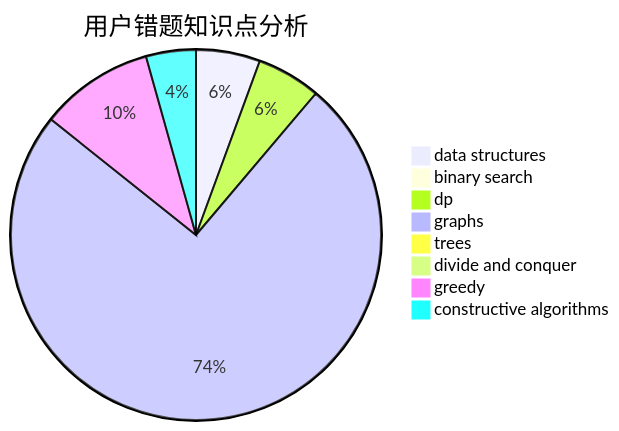
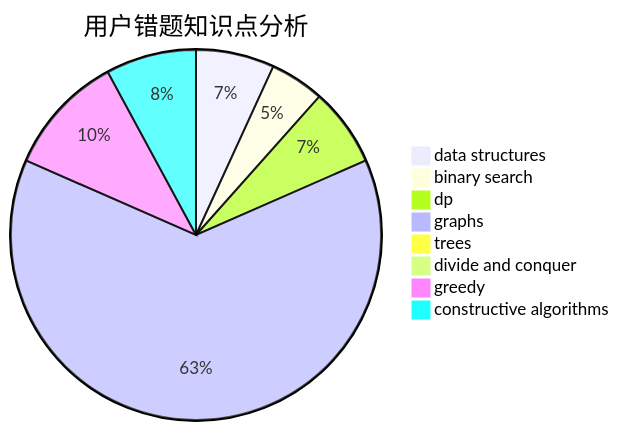
Before and after one commit to sherpahu/cfrs.github.io: the third of 3 diagrams in docs/user/u742.md, drawn with Mermaid. The commit also changed other lines of this file and 2770 other files, not shown here.

````diff
--- a/docs/user/u742.md
+++ b/docs/user/u742.md
@@ -36,11 +36,11 @@
 ```mermaid
 pie title 用户错题知识点分析
-    "data structures" :  9
-    "binary search" :  1
-    "dp" :  9
+    "data structures" :  13
+    "binary search" :  9
+    "dp" :  13
     "graphs" :  120
     "trees" :  1
     "divide and conquer" :  0
-    "greedy" :  16
-    "constructive algorithms" :  7
+    "greedy" :  20
+    "constructive algorithms" :  15
 ```
````
